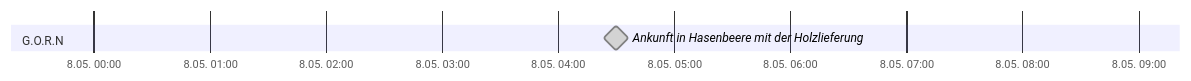
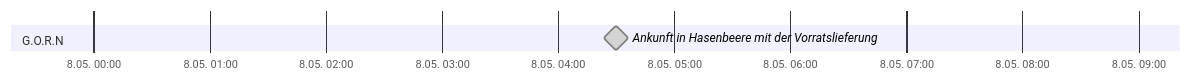
Diagram 15 of 20 in D&D/_DnD_PFT/Kampagne/Timeline Kampagne 2.md (LorenJaffrey/DnD_Obsidian), drawn with Mermaid before and after one commit. The commit also changed other lines of this file and 7 other files, not shown here.

````diff
--- a/D&D/_DnD_PFT/Kampagne/Timeline Kampagne 2.md
+++ b/D&D/_DnD_PFT/Kampagne/Timeline Kampagne 2.md
@@ -251,9 +251,9 @@
 ```mermaid
 gantt
 	dateFormat HH:mm
 	axisFormat %e.%m. %H:%M
 	tickinterval 1hour
 	weekday monday
 	section G.O.R.N
-		Ankunft in Hasenbeere mit der Holzlieferung: done, milestone, a1, 2024-05-08 00:00, 9h
+		Ankunft in Hasenbeere mit der Vorratslieferung: done, milestone, a1, 2024-05-08 00:00, 9h
 ```
````
